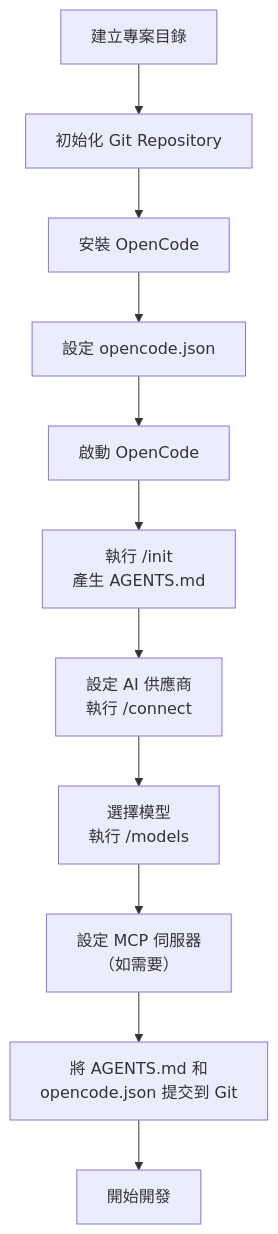
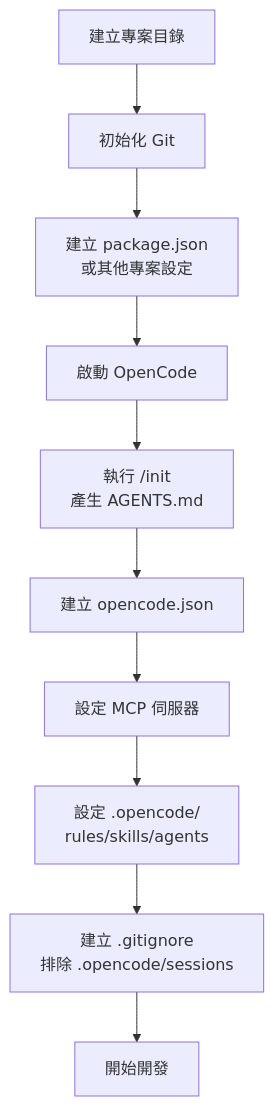
The ninth of 44 diagrams in content/posts/教學/AI開發/opencode生態系教學手冊.md (chihhung/Blog), drawn with Mermaid before and after one commit. The commit also changed other lines of this file and 3 other files, not shown here.

Commit message:
新增 OpenAI Codex 生態系教學手冊、expand_doc.py，更新 Claude Code 及 opencode 教學手冊

````diff
--- a/content/posts/教學/AI開發/opencode生態系教學手冊.md
+++ b/content/posts/教學/AI開發/opencode生態系教學手冊.md
@@ -1140,13 +1899,12 @@
 ```mermaid
-flowchart TD
-    A["建立專案目錄"] --> B["初始化 Git Repository"]
-    B --> C["安裝 OpenCode"]
-    C --> D["設定 opencode.json"]
-    D --> E["啟動 OpenCode"]
-    E --> F["執行 /init<br/>產生 AGENTS.md"]
-    F --> G["設定 AI 供應商<br/>執行 /connect"]
-    G --> H["選擇模型<br/>執行 /models"]
-    H --> I["設定 MCP 伺服器<br/>（如需要）"]
-    I --> J["將 AGENTS.md 和<br/>opencode.json 提交到 Git"]
-    J --> K["開始開發"]
+graph TB
+    A["建立專案目錄"] --> B["初始化 Git"]
+    B --> C["建立 package.json<br/>或其他專案設定"]
+    C --> D["啟動 OpenCode"]
+    D --> E["執行 /init<br/>產生 AGENTS.md"]
+    E --> F["建立 opencode.json"]
+    F --> G["設定 MCP 伺服器"]
+    G --> H["設定 .opencode/<br/>rules/skills/agents"]
+    H --> I["建立 .gitignore<br/>排除 .opencode/sessions"]
+    I --> J["開始開發"]
 ```
````
